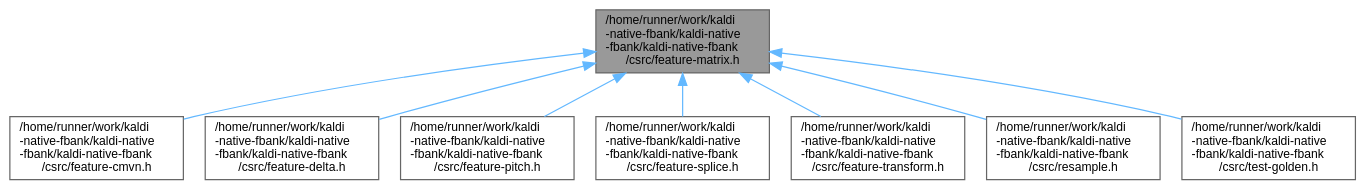
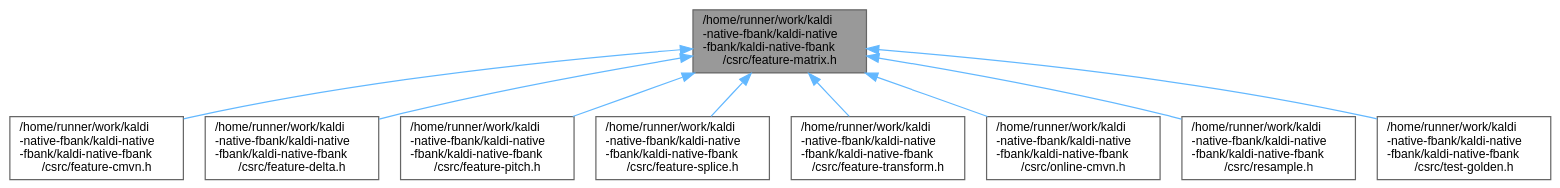
One commit to csukuangfj/kaldi-native-fbank changed the diagram in cpp-api-doxygen/feature-matrix_8h__dep__incl.dot. Above: the diagram before and after it, drawn with Graphviz. The commit also changed 170 other files, not shown here.

```diff
--- a/cpp-api-doxygen/feature-matrix_8h__dep__incl.dot
+++ b/cpp-api-doxygen/feature-matrix_8h__dep__incl.dot
@@ -1,22 +1,24 @@
 digraph "/home/runner/work/kaldi-native-fbank/kaldi-native-fbank/kaldi-native-fbank/csrc/feature-matrix.h"
 {
  // LATEX_PDF_SIZE
   bgcolor="transparent";
   edge [fontname=Helvetica,fontsize=10,labelfontname=Helvetica,labelfontsize=10];
   node [fontname=Helvetica,fontsize=10,shape=box,height=0.2,width=0.4];
   Node1 [id="Node000001",label="/home/runner/work/kaldi\l-native-fbank/kaldi-native\l-fbank/kaldi-native-fbank\l/csrc/feature-matrix.h",height=0.2,width=0.4,color="gray40", fillcolor="grey60", style="filled", fontcolor="black",tooltip="kaldi-native-fbank/kaldi-native-fbank/csrc/feature-matrix.h"];
   Node1 -> Node2 [id="edge1_Node000001_Node000002",dir="back",color="steelblue1",style="solid",tooltip=" "];
   Node2 [id="Node000002",label="/home/runner/work/kaldi\l-native-fbank/kaldi-native\l-fbank/kaldi-native-fbank\l/csrc/feature-cmvn.h",height=0.2,width=0.4,color="grey40", fillcolor="white", style="filled",URL="$feature-cmvn_8h.html",tooltip="kaldi-native-fbank/kaldi-native-fbank/csrc/feature-cmvn.h"];
   Node1 -> Node3 [id="edge2_Node000001_Node000003",dir="back",color="steelblue1",style="solid",tooltip=" "];
   Node3 [id="Node000003",label="/home/runner/work/kaldi\l-native-fbank/kaldi-native\l-fbank/kaldi-native-fbank\l/csrc/feature-delta.h",height=0.2,width=0.4,color="grey40", fillcolor="white", style="filled",URL="$feature-delta_8h.html",tooltip="kaldi-native-fbank/kaldi-native-fbank/csrc/feature-delta.h"];
   Node1 -> Node4 [id="edge3_Node000001_Node000004",dir="back",color="steelblue1",style="solid",tooltip=" "];
   Node4 [id="Node000004",label="/home/runner/work/kaldi\l-native-fbank/kaldi-native\l-fbank/kaldi-native-fbank\l/csrc/feature-pitch.h",height=0.2,width=0.4,color="grey40", fillcolor="white", style="filled",URL="$feature-pitch_8h.html",tooltip="kaldi-native-fbank/kaldi-native-fbank/csrc/feature-pitch.h"];
   Node1 -> Node5 [id="edge4_Node000001_Node000005",dir="back",color="steelblue1",style="solid",tooltip=" "];
   Node5 [id="Node000005",label="/home/runner/work/kaldi\l-native-fbank/kaldi-native\l-fbank/kaldi-native-fbank\l/csrc/feature-splice.h",height=0.2,width=0.4,color="grey40", fillcolor="white", style="filled",URL="$feature-splice_8h.html",tooltip="kaldi-native-fbank/kaldi-native-fbank/csrc/feature-splice.h"];
   Node1 -> Node6 [id="edge5_Node000001_Node000006",dir="back",color="steelblue1",style="solid",tooltip=" "];
   Node6 [id="Node000006",label="/home/runner/work/kaldi\l-native-fbank/kaldi-native\l-fbank/kaldi-native-fbank\l/csrc/feature-transform.h",height=0.2,width=0.4,color="grey40", fillcolor="white", style="filled",URL="$feature-transform_8h.html",tooltip="kaldi-native-fbank/kaldi-native-fbank/csrc/feature-transform.h"];
   Node1 -> Node7 [id="edge6_Node000001_Node000007",dir="back",color="steelblue1",style="solid",tooltip=" "];
-  Node7 [id="Node000007",label="/home/runner/work/kaldi\l-native-fbank/kaldi-native\l-fbank/kaldi-native-fbank\l/csrc/resample.h",height=0.2,width=0.4,color="grey40", fillcolor="white", style="filled",URL="$resample_8h.html",tooltip="kaldi-native-fbank/kaldi-native-fbank/csrc/resample.h"];
+  Node7 [id="Node000007",label="/home/runner/work/kaldi\l-native-fbank/kaldi-native\l-fbank/kaldi-native-fbank\l/csrc/online-cmvn.h",height=0.2,width=0.4,color="grey40", fillcolor="white", style="filled",URL="$online-cmvn_8h.html",tooltip=" "];
   Node1 -> Node8 [id="edge7_Node000001_Node000008",dir="back",color="steelblue1",style="solid",tooltip=" "];
-  Node8 [id="Node000008",label="/home/runner/work/kaldi\l-native-fbank/kaldi-native\l-fbank/kaldi-native-fbank\l/csrc/test-golden.h",height=0.2,width=0.4,color="grey40", fillcolor="white", style="filled",URL="$test-golden_8h.html",tooltip="kaldi-native-fbank/kaldi-native-fbank/csrc/test-golden.h"];
+  Node8 [id="Node000008",label="/home/runner/work/kaldi\l-native-fbank/kaldi-native\l-fbank/kaldi-native-fbank\l/csrc/resample.h",height=0.2,width=0.4,color="grey40", fillcolor="white", style="filled",URL="$resample_8h.html",tooltip="kaldi-native-fbank/kaldi-native-fbank/csrc/resample.h"];
+  Node1 -> Node9 [id="edge8_Node000001_Node000009",dir="back",color="steelblue1",style="solid",tooltip=" "];
+  Node9 [id="Node000009",label="/home/runner/work/kaldi\l-native-fbank/kaldi-native\l-fbank/kaldi-native-fbank\l/csrc/test-golden.h",height=0.2,width=0.4,color="grey40", fillcolor="white", style="filled",URL="$test-golden_8h.html",tooltip="kaldi-native-fbank/kaldi-native-fbank/csrc/test-golden.h"];
 }
```
